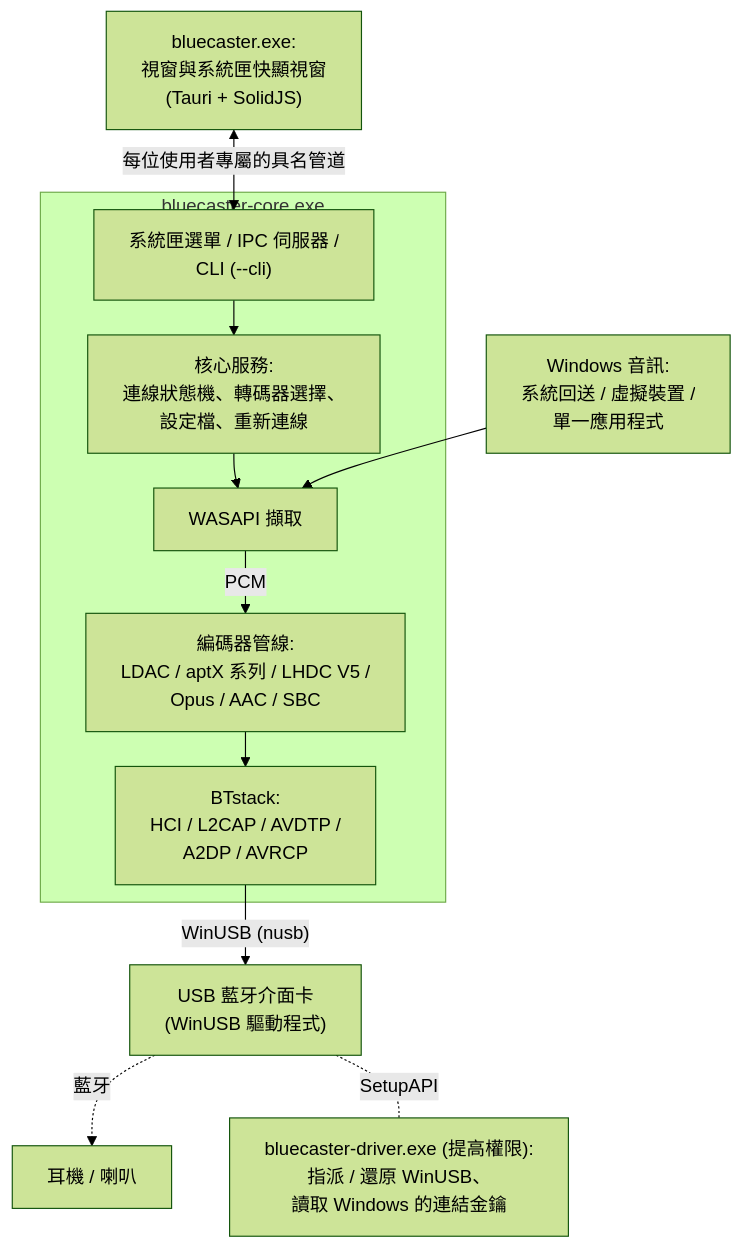
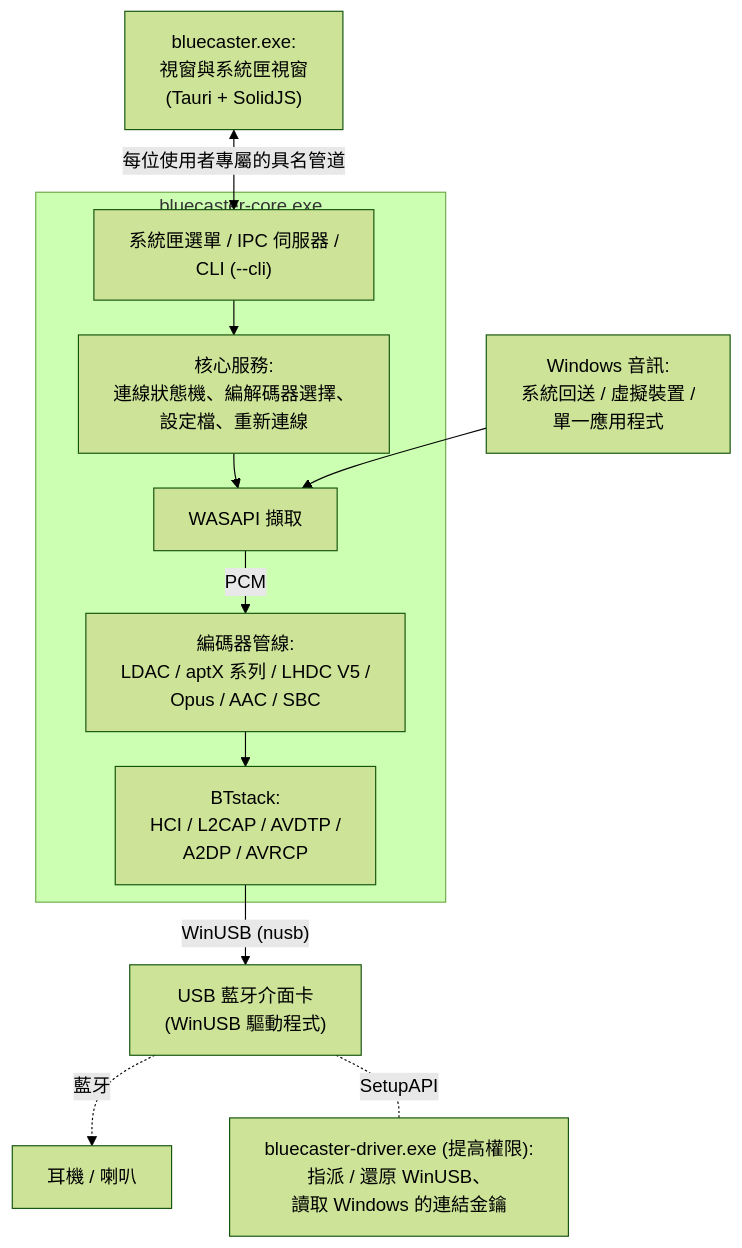
The first of 5 diagrams in docs/zh-TW/architecture.md (RxMaxx/A2DP-Windows-Bridge), drawn with Mermaid (forest theme) before and after one commit. The commit also changed other lines of this file and 105 other files, not shown here.

````diff
--- a/docs/zh-TW/architecture.md
+++ b/docs/zh-TW/architecture.md
@@ -42,22 +37,22 @@
 ```mermaid
 ---
 config:
   flowchart:
     wrappingWidth: 480
     rankSpacing: 30
 ---
 flowchart TB
-    ui["bluecaster.exe:<br>視窗與系統匣快顯視窗<br>(Tauri + SolidJS)"]
+    ui["bluecaster.exe:<br>視窗與系統匣視窗<br>(Tauri + SolidJS)"]
     src["Windows 音訊:<br>系統回送 / 虛擬裝置 /<br>單一應用程式"]
     subgraph core["bluecaster-core.exe"]
-        ctl["系統匣選單 / IPC 伺服器 /<br>CLI (--cli)"] --> svc["核心服務:<br>連線狀態機、轉碼器選擇、<br>設定檔、重新連線"]
+        ctl["系統匣選單 / IPC 伺服器 /<br>CLI (--cli)"] --> svc["核心服務:<br>連線狀態機、編解碼器選擇、<br>設定檔、重新連線"]
         svc --> cap["WASAPI 擷取"]
         cap -- PCM --> enc["編碼器管線:<br>LDAC / aptX 系列 / LHDC V5 /<br>Opus / AAC / SBC"]
         enc --> bt["BTstack:<br>HCI / L2CAP / AVDTP /<br>A2DP / AVRCP"]
     end
     ui <-->|"每位使用者專屬的具名管道"| ctl
     src --> cap
     bt -->|"WinUSB (nusb)"| usb["USB 藍牙介面卡<br>(WinUSB 驅動程式)"]
     usb -. 藍牙 .-> hp["耳機 / 喇叭"]
     usb -.-|SetupAPI| drv["bluecaster-driver.exe (提高權限):<br>指派 / 還原 WinUSB、<br>讀取 Windows 的連結金鑰"]
 ```
````
